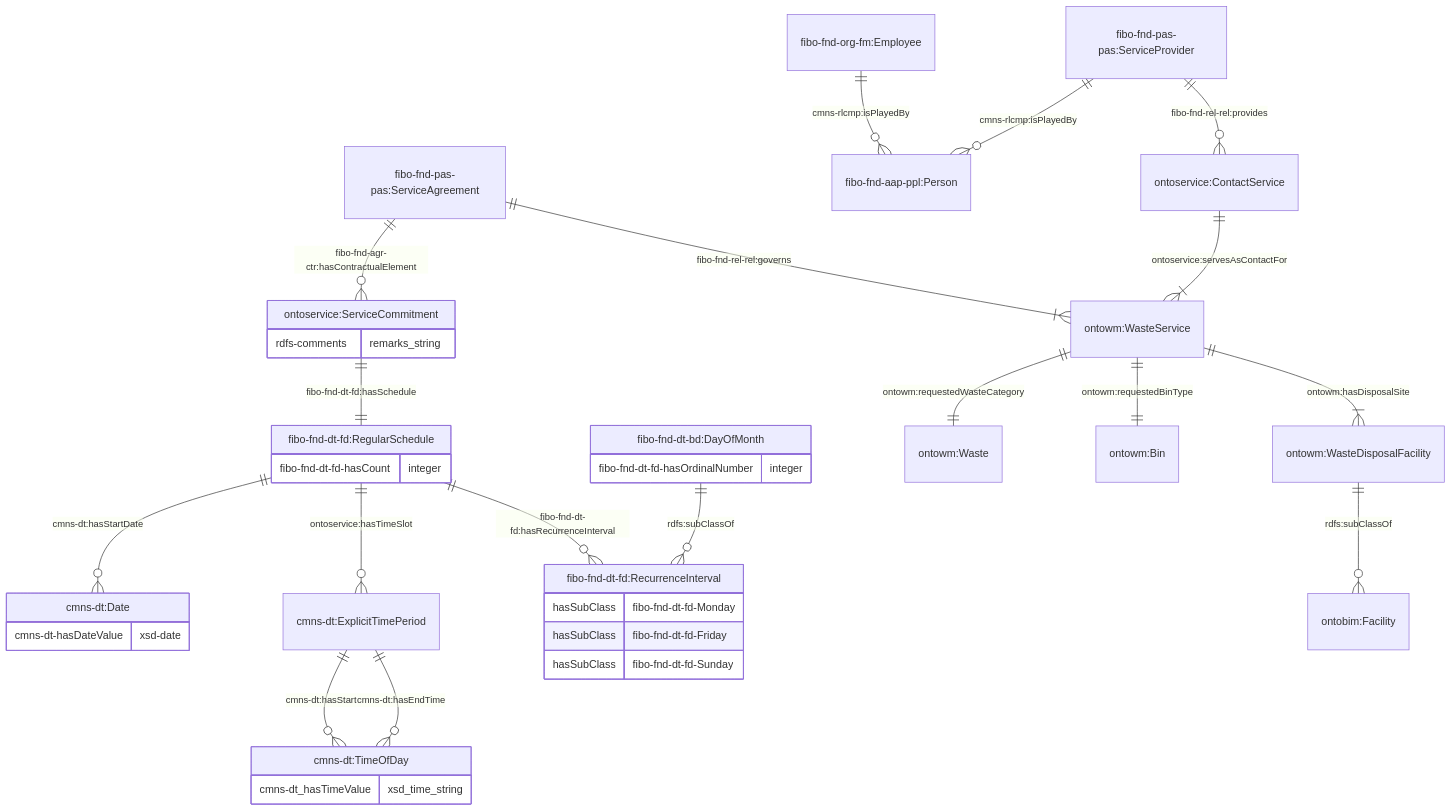
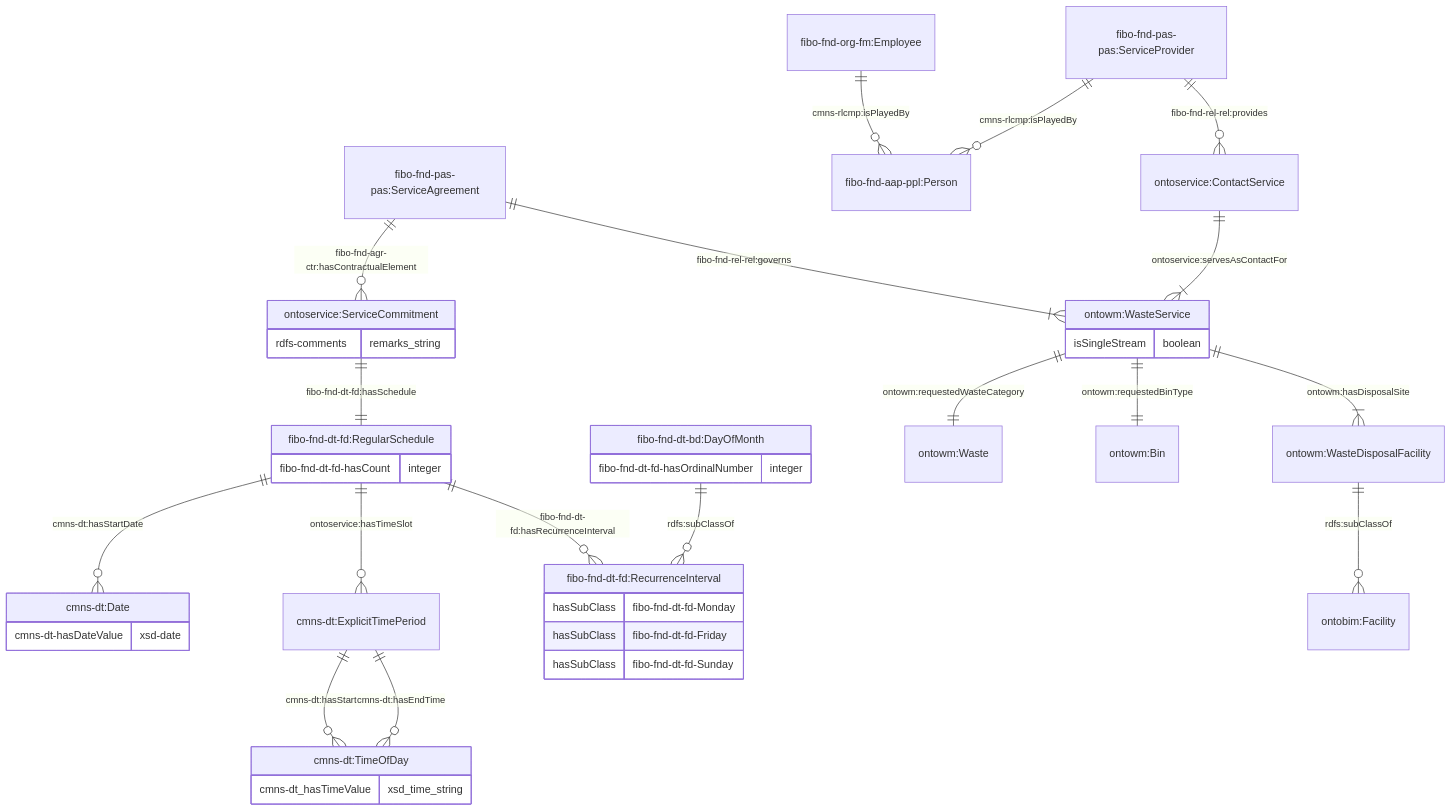
The second of 8 diagrams in JPS_Ontology/ontology/ontowastemanagement/README.md (cambridge-cares/TheWorldAvatar), drawn with Mermaid before and after one commit. The commit also changed 2 other files, not shown here.

Commit message:
dev-ontowastemanagement: Add is single stream property

````diff
--- a/JPS_Ontology/ontology/ontowastemanagement/README.md
+++ b/JPS_Ontology/ontology/ontowastemanagement/README.md
@@ -111,46 +111,50 @@
 ```mermaid
     erDiagram
     "fibo-fnd-pas-pas:ServiceAgreement" ||--o{ "ontoservice:ServiceCommitment" : "fibo-fnd-agr-ctr:hasContractualElement"
 
     "ontoservice:ServiceCommitment" {
         rdfs-comments remarks_string
     }
 
     "ontoservice:ServiceCommitment" ||--|| "fibo-fnd-dt-fd:RegularSchedule" : "fibo-fnd-dt-fd:hasSchedule"
      "fibo-fnd-dt-fd:RegularSchedule" {
         fibo-fnd-dt-fd-hasCount integer
     }
     "fibo-fnd-dt-fd:RegularSchedule" ||--o{ "cmns-dt:Date" : "cmns-dt:hasStartDate"
     "cmns-dt:Date" {
         cmns-dt-hasDateValue xsd-date
     }
 
     "fibo-fnd-dt-fd:RegularSchedule" ||--o{ "cmns-dt:ExplicitTimePeriod" : "ontoservice:hasTimeSlot"
     "cmns-dt:ExplicitTimePeriod" ||--o{ "cmns-dt:TimeOfDay" : "cmns-dt:hasStart"
     "cmns-dt:ExplicitTimePeriod" ||--o{ "cmns-dt:TimeOfDay" : "cmns-dt:hasEndTime"
     "cmns-dt:TimeOfDay" {
         cmns-dt_hasTimeValue xsd_time_string
     }
 
     "fibo-fnd-dt-fd:RegularSchedule" ||--o{ "fibo-fnd-dt-fd:RecurrenceInterval" : "fibo-fnd-dt-fd:hasRecurrenceInterval"
     "fibo-fnd-dt-fd:RecurrenceInterval" {
         hasSubClass fibo-fnd-dt-fd-Monday
         hasSubClass fibo-fnd-dt-fd-Friday
         hasSubClass fibo-fnd-dt-fd-Sunday
     }
     "fibo-fnd-dt-bd:DayOfMonth" ||--o{ "fibo-fnd-dt-fd:RecurrenceInterval" : "rdfs:subClassOf"
     "fibo-fnd-dt-bd:DayOfMonth" {
         fibo-fnd-dt-fd-hasOrdinalNumber integer
     }
 
     "fibo-fnd-pas-pas:ServiceAgreement" ||--|{ "ontowm:WasteService" : "fibo-fnd-rel-rel:governs"
     "ontowm:WasteService" ||--|| "ontowm:Waste" : "ontowm:requestedWasteCategory"
     "ontowm:WasteService" ||--|| "ontowm:Bin" : "ontowm:requestedBinType"
     "ontowm:WasteService" ||--|{ "ontowm:WasteDisposalFacility" : "ontowm:hasDisposalSite"
     "ontowm:WasteDisposalFacility" ||--o{ "ontobim:Facility" : "rdfs:subClassOf"
 
+    "ontowm:WasteService" {
+        isSingleStream boolean
+    }
+
     "fibo-fnd-org-fm:Employee" ||--o{ "fibo-fnd-aap-ppl:Person"  : "cmns-rlcmp:isPlayedBy"
     "fibo-fnd-pas-pas:ServiceProvider" ||--o{ "fibo-fnd-aap-ppl:Person"  : "cmns-rlcmp:isPlayedBy"
     "fibo-fnd-pas-pas:ServiceProvider" ||--o{ "ontoservice:ContactService"  : "fibo-fnd-rel-rel:provides"
     "ontoservice:ContactService" ||--|{ "ontowm:WasteService" : "ontoservice:servesAsContactFor"
 ```
````
